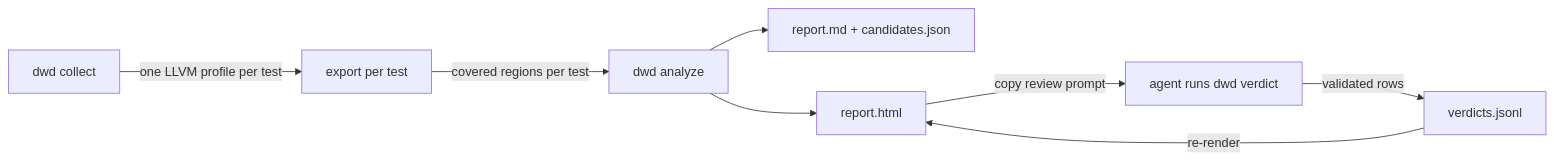
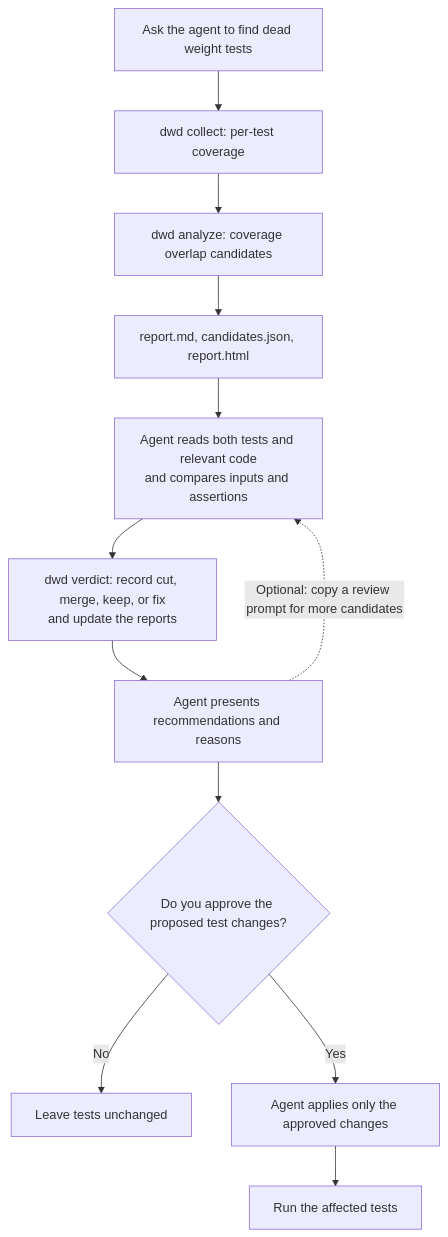
The second of 2 diagrams in README.md (roberts-pumpurs/dead-weight-tests), drawn with Mermaid before and after one commit.

Commit message:
docs: show full skill review and approval flow

````diff
--- a/README.md
+++ b/README.md
@@ -68,10 +68,14 @@
 ```mermaid
-flowchart LR
-  A[dwd collect] -->|one LLVM profile per test| B[export per test]
-  B -->|covered regions per test| C[dwd analyze]
-  C --> D[report.md + candidates.json]
-  C --> E[report.html]
-  E -->|copy review prompt| F[agent runs dwd verdict]
-  F -->|validated rows| G[verdicts.jsonl]
-  G -->|re-render| E
+flowchart TD
+  A["Ask the agent to find dead weight tests"] --> B["dwd collect: per-test coverage"]
+  B --> C["dwd analyze: coverage overlap candidates"]
+  C --> D["report.md, candidates.json, report.html"]
+  D --> E["Agent reads both tests and relevant code<br/>and compares inputs and assertions"]
+  E --> F["dwd verdict: record cut, merge, keep, or fix<br/>and update the reports"]
+  F --> G["Agent presents recommendations and reasons"]
+  G -.->|Optional: copy a review prompt for more candidates| E
+  G --> H{"Do you approve the proposed test changes?"}
+  H -->|No| I["Leave tests unchanged"]
+  H -->|Yes| J["Agent applies only the approved changes"]
+  J --> K["Run the affected tests"]
 ```
````
